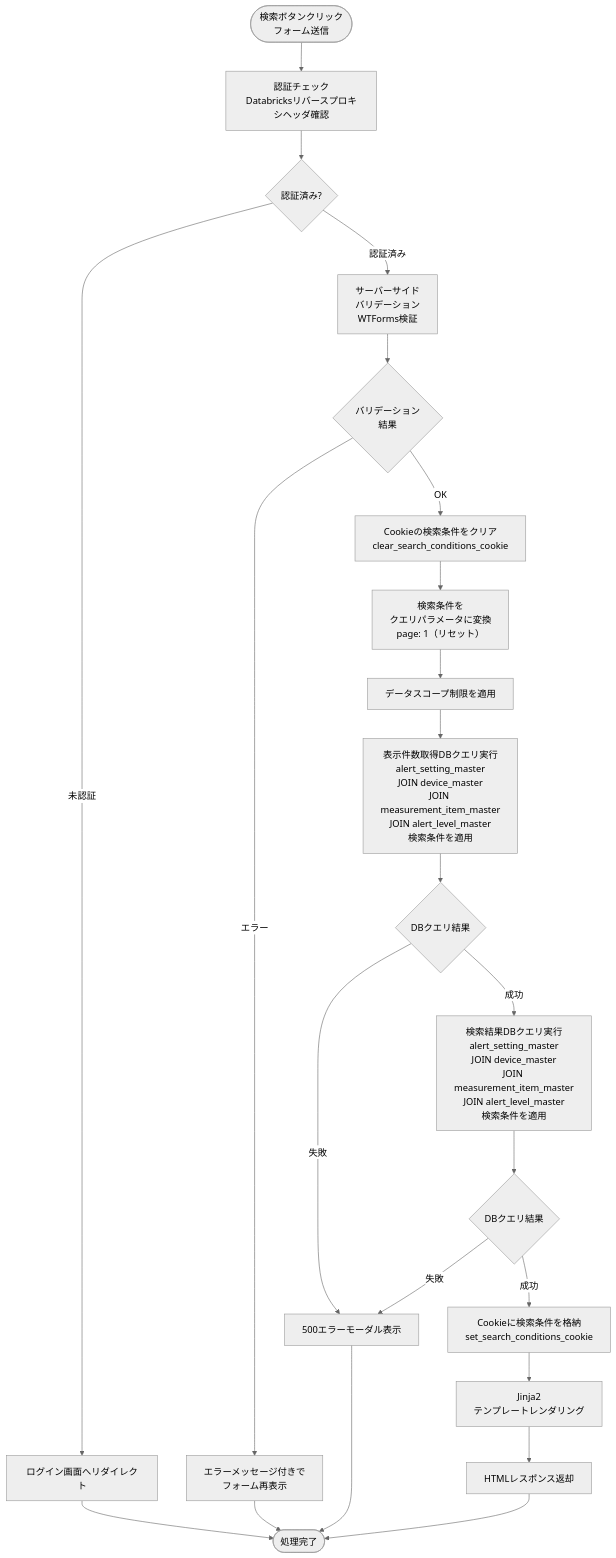
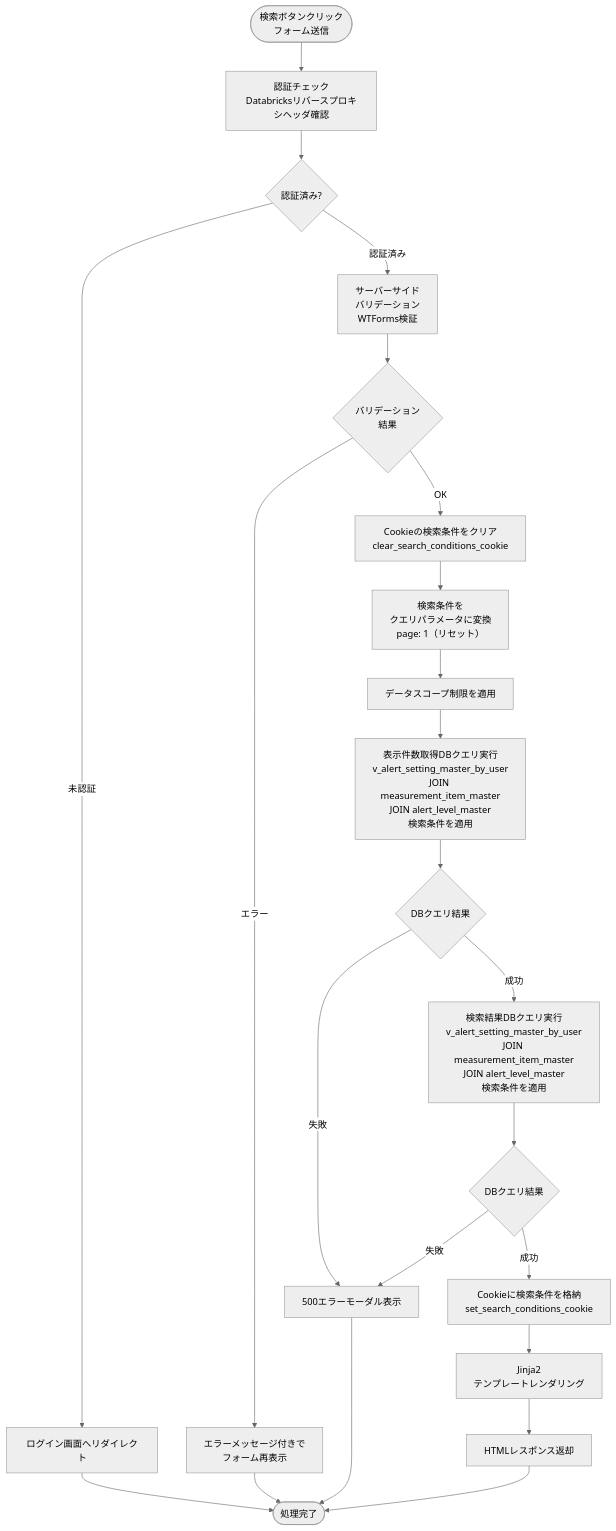
Before and after one commit to NSW-SVCP-AIWG002/Databricks-IoT: the second of 9 diagrams in docs/03-features/flask-app/alert-settings/workflow-specification.md, drawn with Mermaid (neutral theme). The commit also changed other lines of this file and 13 other files, not shown here.

````diff
--- a/docs/03-features/flask-app/alert-settings/workflow-specification.md
+++ b/docs/03-features/flask-app/alert-settings/workflow-specification.md
@@ -346,32 +340,32 @@
 ```mermaid
 flowchart TD
     Start([検索ボタンクリック<br>フォーム送信]) --> Auth[認証チェック<br>Databricksリバースプロキシヘッダ確認]
     Auth --> CheckAuth{認証済み?}
     CheckAuth -->|未認証| Error401[ログイン画面へリダイレクト]
     Error401 --> End([処理完了])
 
     CheckAuth -->|認証済み| Validate[サーバーサイド<br>バリデーション<br>WTForms検証]
     Validate --> ValidCheck{バリデーション<br>結果}
 
     ValidCheck -->|エラー| ValidError[エラーメッセージ付きで<br>フォーム再表示]
     ValidError --> End([処理完了])
 
     ValidCheck -->|OK| ClearCookie[Cookieの検索条件をクリア<br>clear_search_conditions_cookie]
     ClearCookie --> Convert[検索条件を<br>クエリパラメータに変換<br>page: 1（リセット）]
     Convert --> Scope[データスコープ制限を適用]
-    Scope -->  Count[表示件数取得DBクエリ実行<br>alert_setting_master<br>JOIN device_master<br>JOIN measurement_item_master<br>JOIN alert_level_master<br>検索条件を適用]
+    Scope -->  Count[表示件数取得DBクエリ実行<br>v_alert_setting_master_by_user<br>JOIN measurement_item_master<br>JOIN alert_level_master<br>検索条件を適用]
     Count --> CheckDB{DBクエリ結果}
 
     CheckDB -->|失敗| Error500[500エラーモーダル表示]
     Error500 --> End
 
-    CheckDB -->|成功| Query[検索結果DBクエリ実行<br>alert_setting_master<br>JOIN device_master<br>JOIN measurement_item_master<br>JOIN alert_level_master<br>検索条件を適用]
+    CheckDB -->|成功| Query[検索結果DBクエリ実行<br>v_alert_setting_master_by_user<br>JOIN measurement_item_master<br>JOIN alert_level_master<br>検索条件を適用]
     Query --> CheckDB2{DBクエリ結果}
 
     CheckDB2 -->|失敗| Error500[500エラーモーダル表示]
 
     CheckDB2 -->|成功| PutParams[Cookieに検索条件を格納<br>set_search_conditions_cookie]
     PutParams --> Template[Jinja2<br>テンプレートレンダリング]
     Template --> Response[HTMLレスポンス返却]
     Response --> End
 ```
````
